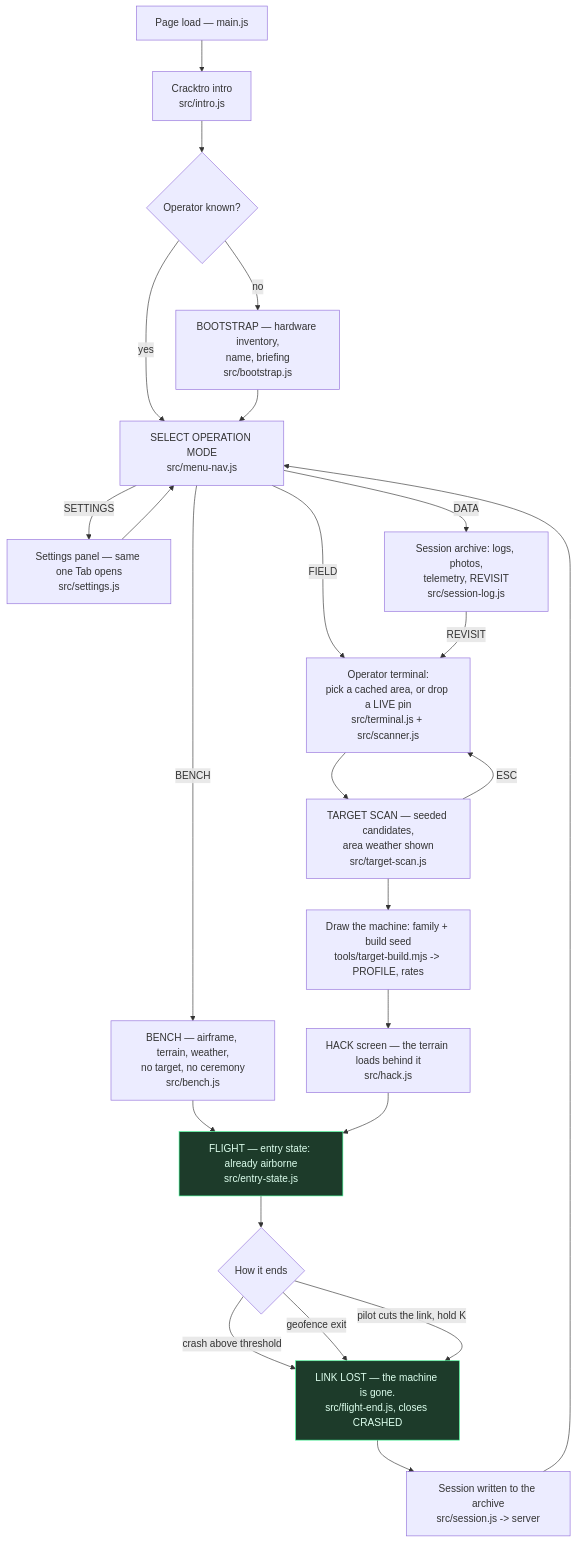
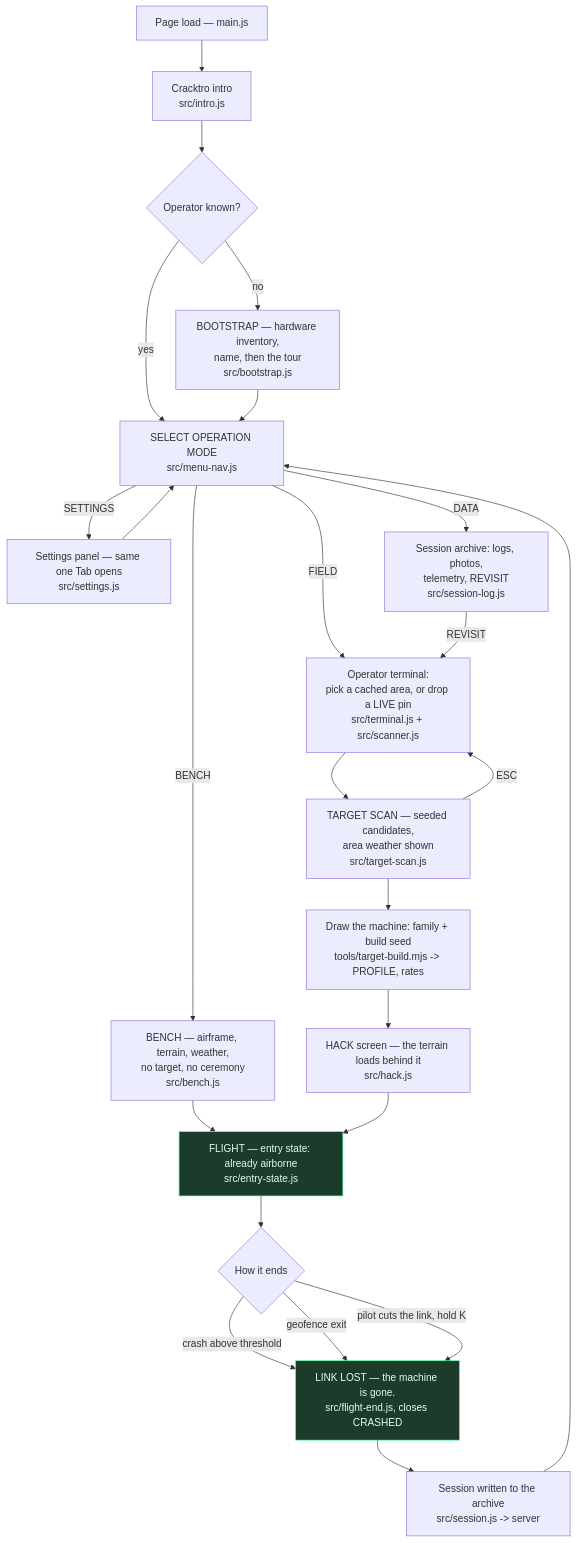
One commit to lionrayonnant/FPVThePlanet changed the first of 5 diagrams in sim/docs/architecture-diagrams.md. Above: the diagram before and after it, drawn with Mermaid. The commit also changed 23 other files, not shown here.

First line of the commit message:
feat(tour): the initial briefing becomes a guided tour of the real interface (#86) (#87)

````diff
--- a/sim/docs/architecture-diagrams.md
+++ b/sim/docs/architecture-diagrams.md
@@ -20,31 +20,31 @@
 ```mermaid
 flowchart TD
     LOAD["Page load — main.js"] --> INTRO["Cracktro intro<br/>src/intro.js"]
     INTRO --> OP{"Operator known?"}
-    OP -- "no" --> BOOT["BOOTSTRAP — hardware inventory,<br/>name, briefing<br/>src/bootstrap.js"]
+    OP -- "no" --> BOOT["BOOTSTRAP — hardware inventory,<br/>name, then the tour<br/>src/bootstrap.js"]
     OP -- "yes" --> MODE
     BOOT --> MODE["SELECT OPERATION MODE<br/>src/menu-nav.js"]
 
     MODE -- "SETTINGS" --> SET["Settings panel — same one Tab opens<br/>src/settings.js"] --> MODE
     MODE -- "DATA" --> DATA["Session archive: logs, photos,<br/>telemetry, REVISIT<br/>src/session-log.js"]
     MODE -- "BENCH" --> BENCH["BENCH — airframe, terrain, weather,<br/>no target, no ceremony<br/>src/bench.js"]
     MODE -- "FIELD" --> TERM["Operator terminal:<br/>pick a cached area, or drop a LIVE pin<br/>src/terminal.js + src/scanner.js"]
 
     DATA -- "REVISIT" --> TERM
     TERM --> SCAN["TARGET SCAN — seeded candidates,<br/>area weather shown<br/>src/target-scan.js"]
     SCAN -- "ESC" --> TERM
     SCAN --> BUILD["Draw the machine: family + build seed<br/>tools/target-build.mjs -> PROFILE, rates"]
     BUILD --> HACK["HACK screen — the terrain loads behind it<br/>src/hack.js"]
     BENCH --> FLIGHT
     HACK --> FLIGHT["FLIGHT — entry state: already airborne<br/>src/entry-state.js"]
 
     FLIGHT --> END{"How it ends"}
     END -- "crash above threshold" --> DEAD
     END -- "geofence exit" --> DEAD
     END -- "pilot cuts the link, hold K" --> DEAD
     DEAD["LINK LOST — the machine is gone.<br/>src/flight-end.js, closes CRASHED"] --> ARCH["Session written to the archive<br/>src/session.js -> server"]
     ARCH --> MODE
 
     classDef flight fill:#1d3b2a,stroke:#4f9,color:#dfe
     class FLIGHT,DEAD flight
 ```
````
